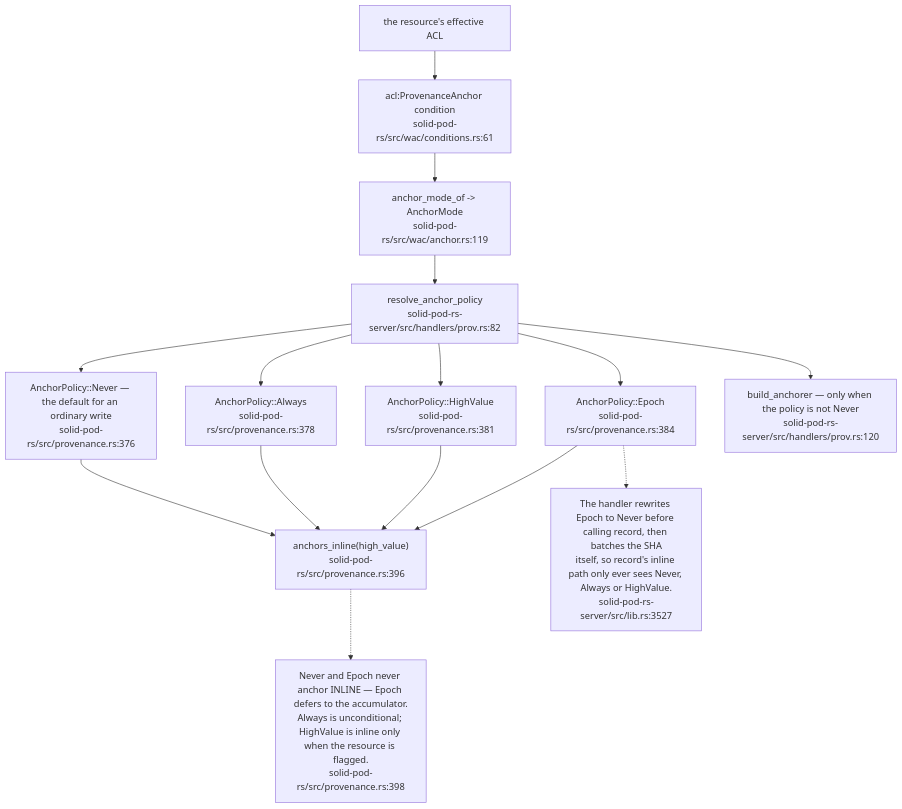
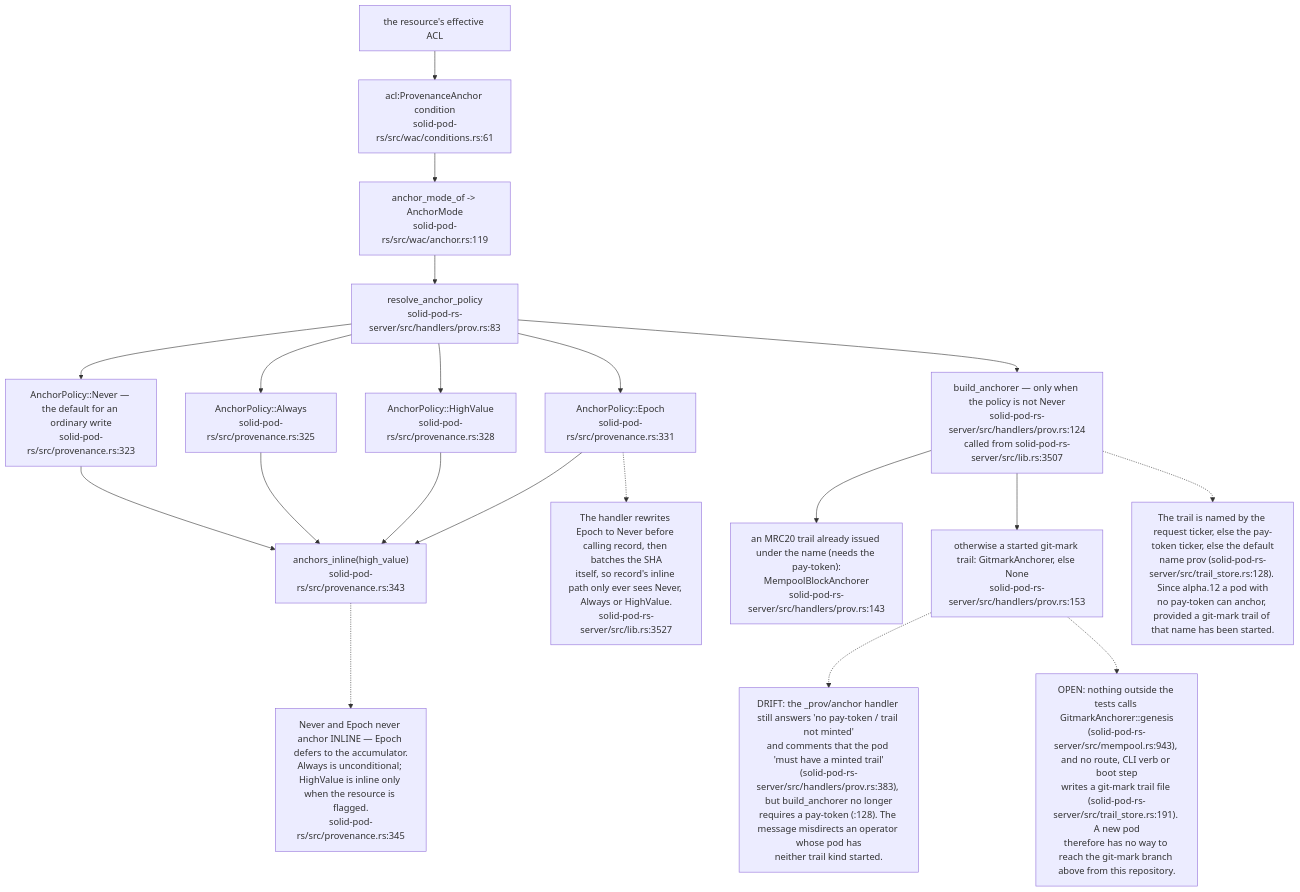
Before and after one commit to DreamLab-AI/VisionFlow: the third of 19 diagrams in docs/diagrams/solid-pod-rs/07-provenance-and-payments.md, drawn with Mermaid. The commit also changed other lines of this file and 26 other files, not shown here.

First line of the commit message:
docs(diagrams): re-verify solid-pod-rs, nostr-rust-forum and visionclaw 22/36 against HEAD

````diff
--- a/docs/diagrams/solid-pod-rs/07-provenance-and-payments.md
+++ b/docs/diagrams/solid-pod-rs/07-provenance-and-payments.md
@@ -85,29 +86,39 @@
 ```mermaid
 flowchart TD
     ACL["the resource's effective ACL"]
     COND["acl:ProvenanceAnchor condition<br/>solid-pod-rs/src/wac/conditions.rs:61"]
     MODE["anchor_mode_of -> AnchorMode<br/>solid-pod-rs/src/wac/anchor.rs:119"]
-    RES["resolve_anchor_policy<br/>solid-pod-rs-server/src/handlers/prov.rs:82"]
-    NEVER["AnchorPolicy::Never — the default for an ordinary write<br/>solid-pod-rs/src/provenance.rs:376"]
-    ALWAYS["AnchorPolicy::Always<br/>solid-pod-rs/src/provenance.rs:378"]
-    HV["AnchorPolicy::HighValue<br/>solid-pod-rs/src/provenance.rs:381"]
-    EP["AnchorPolicy::Epoch<br/>solid-pod-rs/src/provenance.rs:384"]
-    INLINE["anchors_inline(high_value)<br/>solid-pod-rs/src/provenance.rs:396"]
-    BLD["build_anchorer — only when the policy is not Never<br/>solid-pod-rs-server/src/handlers/prov.rs:120"]
+    RES["resolve_anchor_policy<br/>solid-pod-rs-server/src/handlers/prov.rs:83"]
+    NEVER["AnchorPolicy::Never — the default for an ordinary write<br/>solid-pod-rs/src/provenance.rs:323"]
+    ALWAYS["AnchorPolicy::Always<br/>solid-pod-rs/src/provenance.rs:325"]
+    HV["AnchorPolicy::HighValue<br/>solid-pod-rs/src/provenance.rs:328"]
+    EP["AnchorPolicy::Epoch<br/>solid-pod-rs/src/provenance.rs:331"]
+    INLINE["anchors_inline(high_value)<br/>solid-pod-rs/src/provenance.rs:343"]
+    BLD["build_anchorer — only when the policy is not Never<br/>solid-pod-rs-server/src/handlers/prov.rs:124<br/>called from solid-pod-rs-server/src/lib.rs:3507"]
+    BMR["an MRC20 trail already issued under the name (needs the pay-token):<br/>MempoolBlockAnchorer<br/>solid-pod-rs-server/src/handlers/prov.rs:143"]
+    BGM["otherwise a started git-mark trail: GitmarkAnchorer, else None<br/>solid-pod-rs-server/src/handlers/prov.rs:153"]
 
     ACL --> COND --> MODE --> RES
     RES --> NEVER
     RES --> ALWAYS
     RES --> HV
     RES --> EP
     NEVER --> INLINE
     ALWAYS --> INLINE
     HV --> INLINE
     EP --> INLINE
     RES --> BLD
+    BLD --> BMR
+    BLD --> BGM
 
-    N["Never and Epoch never anchor INLINE — Epoch defers to the accumulator.<br/>Always is unconditional; HighValue is inline only when the resource is flagged.<br/>solid-pod-rs/src/provenance.rs:398"]
+    N["Never and Epoch never anchor INLINE — Epoch defers to the accumulator.<br/>Always is unconditional; HighValue is inline only when the resource is flagged.<br/>solid-pod-rs/src/provenance.rs:345"]
     INLINE -.-> N
     N2["The handler rewrites Epoch to Never before calling record, then batches the SHA<br/>itself, so record's inline path only ever sees Never, Always or HighValue.<br/>solid-pod-rs-server/src/lib.rs:3527"]
     EP -.-> N2
+    N3["The trail is named by the request ticker, else the pay-token ticker, else the default<br/>name prov (solid-pod-rs-server/src/trail_store.rs:128). Since alpha.12 a pod with<br/>no pay-token can anchor, provided a git-mark trail of that name has been started."]
+    BLD -.-> N3
+    N4["DRIFT: the _prov/anchor handler still answers 'no pay-token / trail not minted'<br/>and comments that the pod 'must have a minted trail'<br/>(solid-pod-rs-server/src/handlers/prov.rs:383), but build_anchorer no longer<br/>requires a pay-token (:128). The message misdirects an operator whose pod has<br/>neither trail kind started."]
+    BGM -.-> N4
+    N5["OPEN: nothing outside the tests calls GitmarkAnchorer::genesis<br/>(solid-pod-rs-server/src/mempool.rs:943), and no route, CLI verb or boot step<br/>writes a git-mark trail file (solid-pod-rs-server/src/trail_store.rs:191). A new pod<br/>therefore has no way to reach the git-mark branch above from this repository."]
+    BGM -.-> N5
 ```
````
